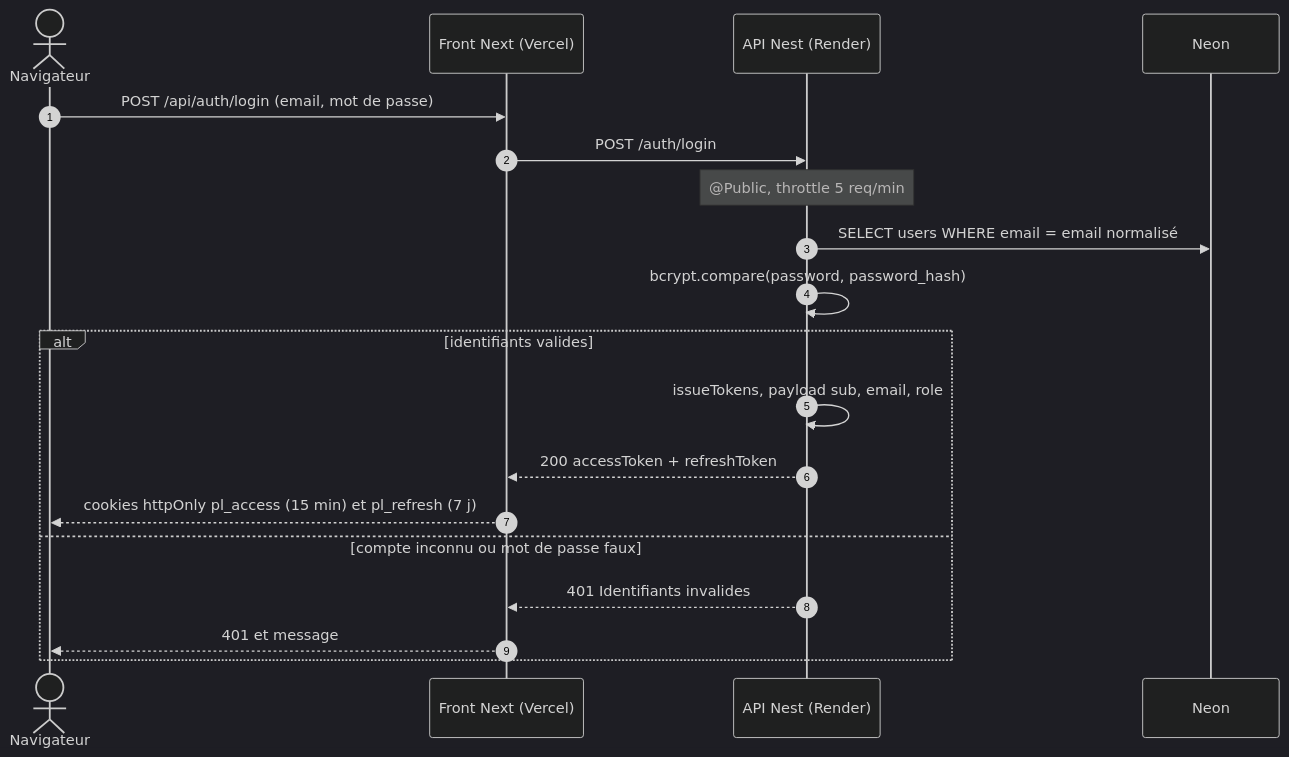
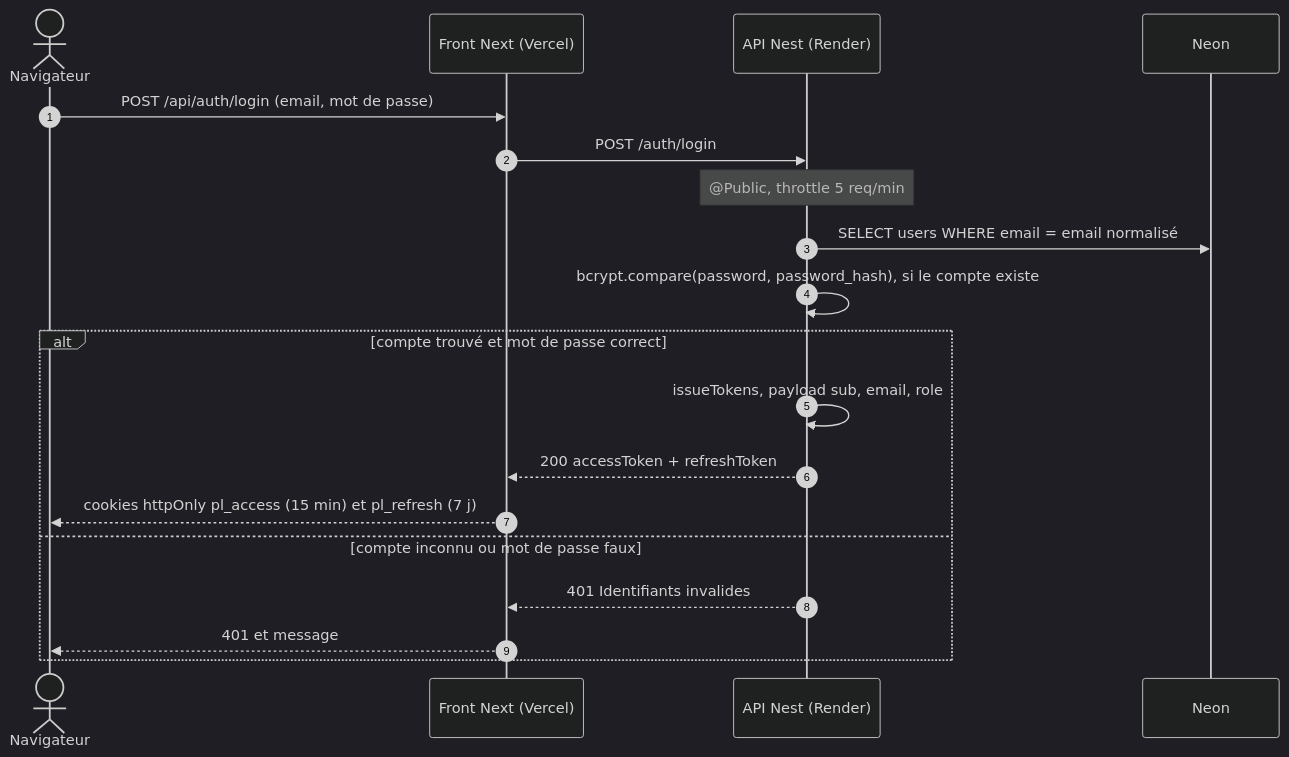
One commit to KylianGERMAIN/prepalist_api changed the first of 6 diagrams in docs/flows.md. Above: the diagram before and after it, drawn with Mermaid (dark theme). The commit also changed other lines of this file and 10 other files, not shown here.

Commit message:
docs(architecture): address review, cite symbols instead of lines

````diff
--- a/docs/flows.md
+++ b/docs/flows.md
@@ -13,22 +13,22 @@
 ```mermaid
 sequenceDiagram
     autonumber
     actor U as Navigateur
     participant F as Front Next (Vercel)
     participant A as API Nest (Render)
     participant DB as Neon
 
     U->>F: POST /api/auth/login (email, mot de passe)
     F->>A: POST /auth/login
     Note over A: @Public, throttle 5 req/min
     A->>DB: SELECT users WHERE email = email normalisé
-    A->>A: bcrypt.compare(password, password_hash)
-    alt identifiants valides
+    A->>A: bcrypt.compare(password, password_hash), si le compte existe
+    alt compte trouvé et mot de passe correct
         A->>A: issueTokens, payload sub, email, role
         A-->>F: 200 accessToken + refreshToken
         F-->>U: cookies httpOnly pl_access (15 min) et pl_refresh (7 j)
     else compte inconnu ou mot de passe faux
         A-->>F: 401 Identifiants invalides
         F-->>U: 401 et message
     end
 ```
````
